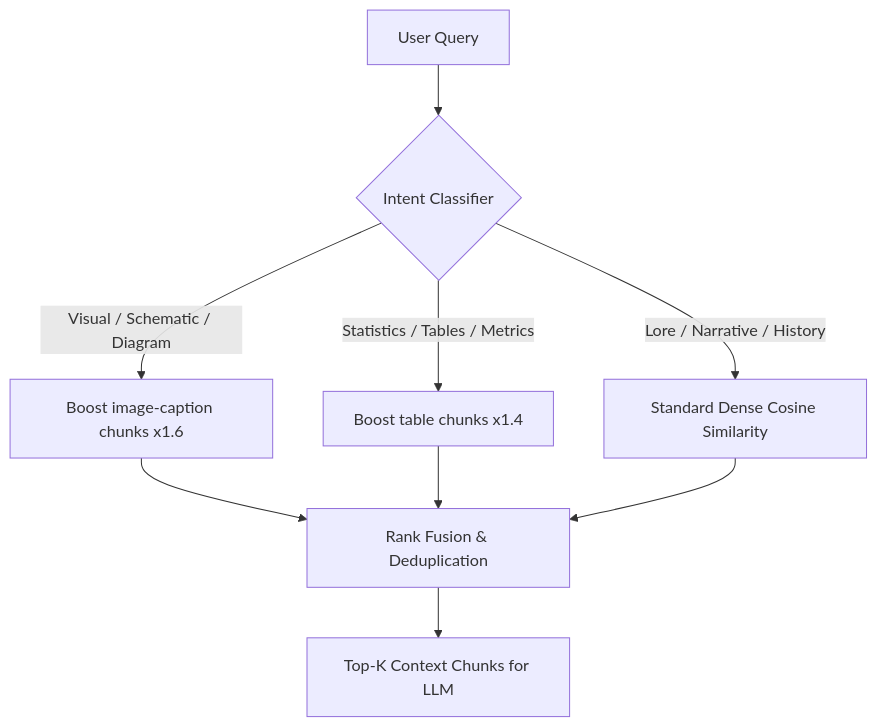
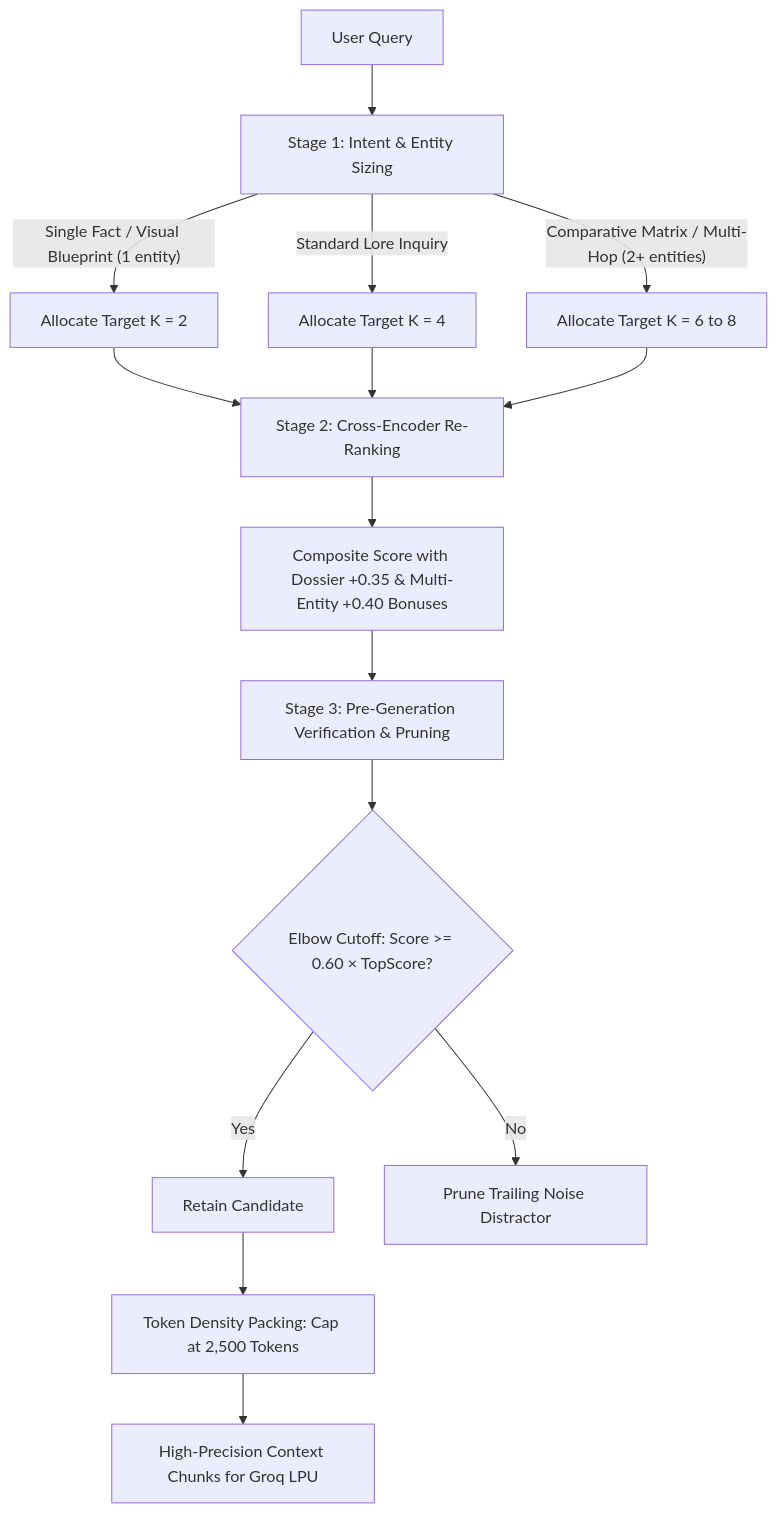
The third of 3 diagrams in docs/diagrams/architecture_diagram.md (IT25101463/DeepThink), drawn with Mermaid before and after one commit. The commit also changed other lines of this file and 25 other files, not shown here.

````diff
--- a/docs/diagrams/architecture_diagram.md
+++ b/docs/diagrams/architecture_diagram.md
@@ -81,12 +97,18 @@
 ```mermaid
 graph TD
-    Q[User Query] --> C{Intent Classifier}
-    C -->|"Visual / Schematic / Diagram"| V[Boost image-caption chunks x1.6]
-    C -->|"Statistics / Tables / Metrics"| T[Boost table chunks x1.4]
-    C -->|"Lore / Narrative / History"| N[Standard Dense Cosine Similarity]
-    
-    V --> Fusion[Rank Fusion & Deduplication]
-    T --> Fusion
-    N --> Fusion
-    Fusion --> Out[Top-K Context Chunks for LLM]
+    Q[User Query] --> S1[Stage 1: Intent & Entity Sizing]
+    S1 -->|"Single Fact / Visual Blueprint (1 entity)"| K2[Allocate Target K = 2]
+    S1 -->|"Standard Lore Inquiry"| K4[Allocate Target K = 4]
+    S1 -->|"Comparative Matrix / Multi-Hop (2+ entities)"| K8[Allocate Target K = 6 to 8]
+
+    K2 & K4 & K8 --> S2[Stage 2: Cross-Encoder Re-Ranking]
+    S2 --> ReRankScore[Composite Score with Dossier +0.35 & Multi-Entity +0.40 Bonuses]
+
+    ReRankScore --> S3[Stage 3: Pre-Generation Verification & Pruning]
+    S3 --> ElbowCheck{Elbow Cutoff: Score >= 0.60 × TopScore?}
+    ElbowCheck -->|Yes| KeepChunk[Retain Candidate]
+    ElbowCheck -->|No| DropChunk[Prune Trailing Noise Distractor]
+
+    KeepChunk --> TokenPack[Token Density Packing: Cap at 2,500 Tokens]
+    TokenPack --> ContextForLLM[High-Precision Context Chunks for Groq LPU]
 ```
````
